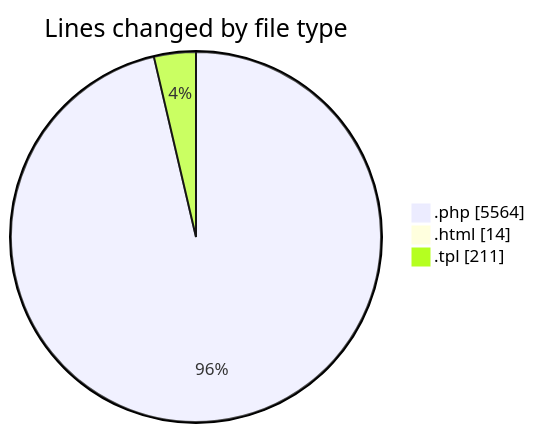
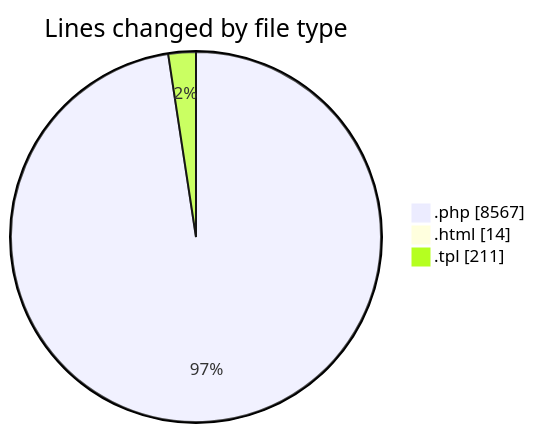
One commit to vahidmafi/code-tracking changed the first of 2 diagrams in 2025-09-13/shop/README.md. Above: the diagram before and after it, drawn with Mermaid. The commit also changed other lines of this file and 1 other file, not shown here.

````diff
--- a/2025-09-13/shop/README.md
+++ b/2025-09-13/shop/README.md
@@ -25,7 +26,7 @@
 ```mermaid
 pie showData
 title Lines changed by file type
-".php" : 5564
+".php" : 8567
 ".html" : 14
 ".tpl" : 211
 ```
````
